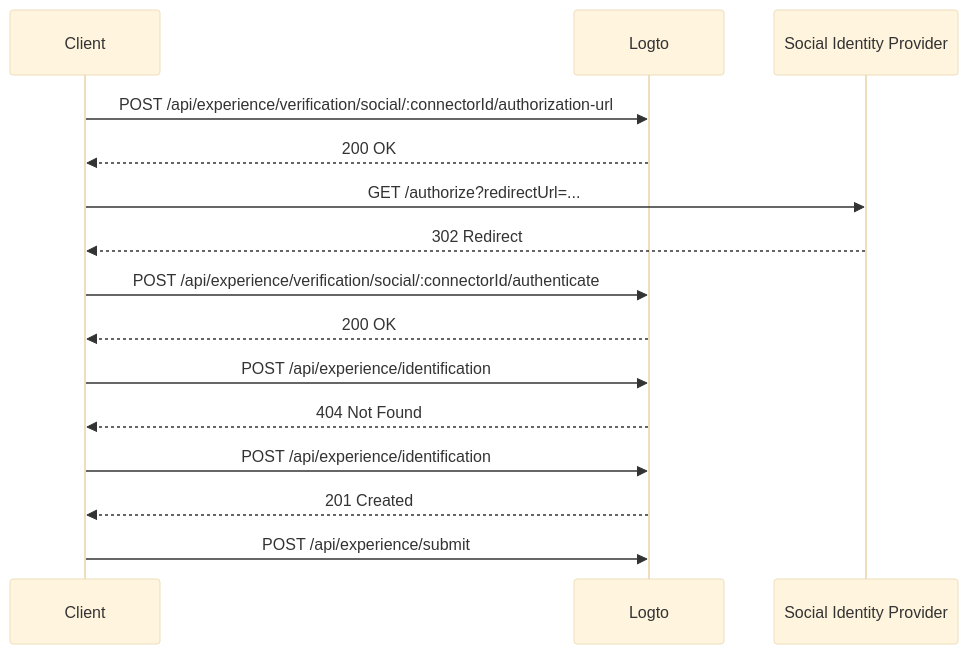
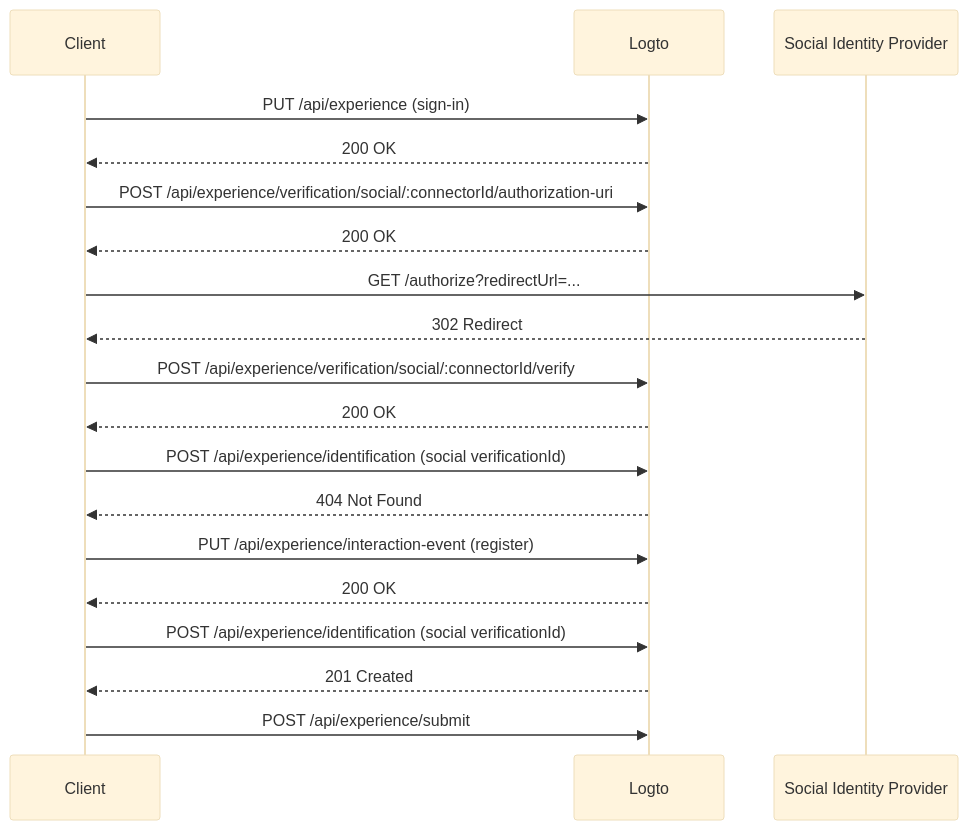
Before and after one commit to logto-io/rfcs: diagram 13 of 22 in draft/0004-experience-api.md, drawn with Mermaid (base theme). The commit also changed other lines of this file, not shown here.

First line of the commit message:
refactor: update experience API rfc

````diff
--- a/draft/0004-experience-api.md
+++ b/draft/0004-experience-api.md
@@ -775,18 +817,22 @@
 ```mermaid
 sequenceDiagram
     participant C as Client
     participant L as Logto
     participant S as Social Identity Provider
 
-    C->>L: POST /api/experience/verification/social/:connectorId/authorization-url
+    C->>L: PUT /api/experience (sign-in)
+    L-->>C: 200 OK
+    C->>L: POST /api/experience/verification/social/:connectorId/authorization-uri
     L-->>C: 200 OK
     C->>S: GET /authorize?redirectUrl=...
     S-->>C: 302 Redirect
-    C->>L: POST /api/experience/verification/social/:connectorId/authenticate
+    C->>L: POST /api/experience/verification/social/:connectorId/verify
     L-->>C: 200 OK
-    C->>L: POST /api/experience/identification
+    C->>L: POST /api/experience/identification (social verificationId)
     L-->>C: 404 Not Found
-    C->>L: POST /api/experience/identification
+    C->>L: PUT /api/experience/interaction-event (register)
+    L-->>C: 200 OK
+    C->>L: POST /api/experience/identification (social verificationId)
     L-->>C: 201 Created
     C->>L: POST /api/experience/submit
 ```
````
